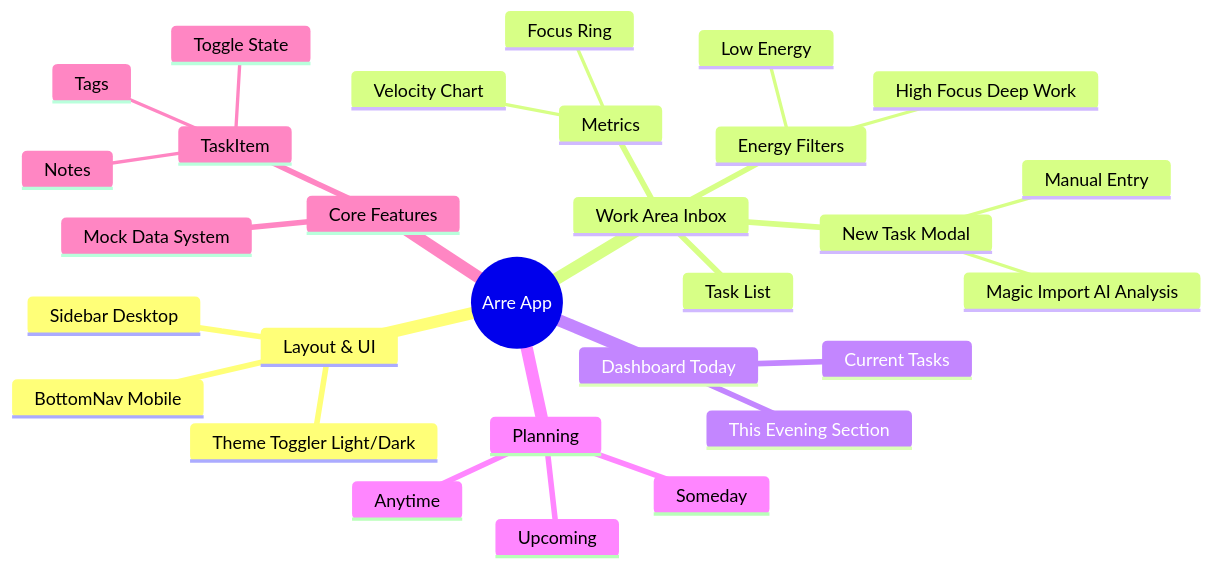
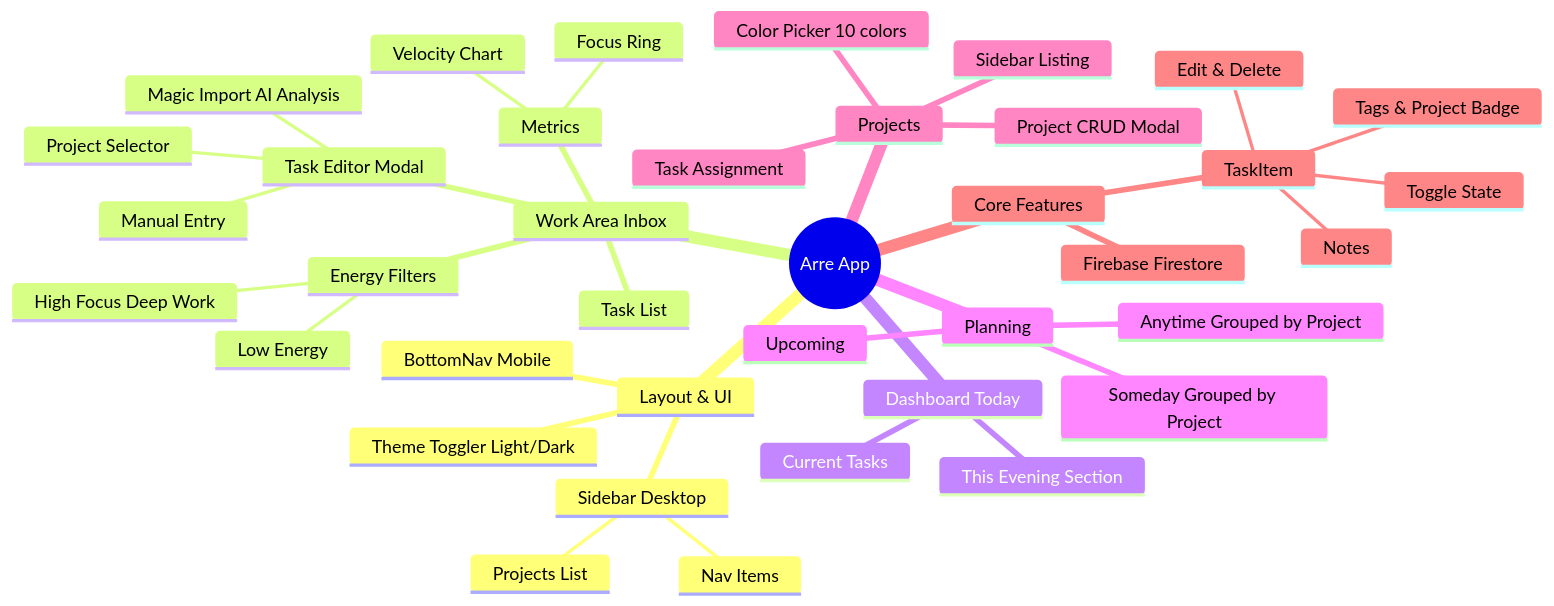
The diagram in README.md (pedro3087/arre), drawn with Mermaid before and after one commit. The commit also changed other lines of this file and 18 other files, not shown here.

````diff
--- a/README.md
+++ b/README.md
@@ -47,36 +55,46 @@
 ```mermaid
 mindmap
   root((Arre App))
     Layout & UI
       Sidebar Desktop
+        Nav Items
+        Projects List
       BottomNav Mobile
       Theme Toggler Light/Dark
 
     Work Area Inbox
       Metrics
         Velocity Chart
         Focus Ring
       Energy Filters
         Low Energy
         High Focus Deep Work
       Task List
-      New Task Modal
+      Task Editor Modal
         Manual Entry
         Magic Import AI Analysis
+        Project Selector
 
     Dashboard Today
       Current Tasks
       This Evening Section
 
     Planning
       Upcoming
-      Anytime
-      Someday
+      Anytime Grouped by Project
+      Someday Grouped by Project
+
+    Projects
+      Project CRUD Modal
+      Color Picker 10 colors
+      Task Assignment
+      Sidebar Listing
 
     Core Features
       TaskItem
         Toggle State
-        Tags
+        Tags & Project Badge
         Notes
-      Mock Data System
+        Edit & Delete
+      Firebase Firestore
 ```
````
